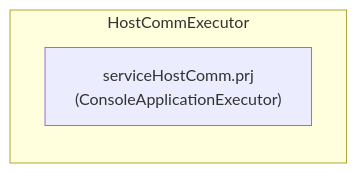
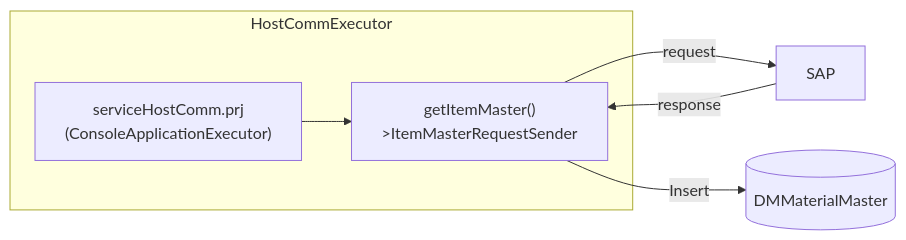
The diagram in Basic-Design/Host-Interfaces/Material-Master-Data.md (luthfiadityaa/SimeDarby-Wiki), drawn with Mermaid before and after one commit.

Commit message:
Updated Material Master Data

```diff
--- a/Basic-Design/Host-Interfaces/Material-Master-Data.md
+++ b/Basic-Design/Host-Interfaces/Material-Master-Data.md
@@ -11,7 +11,11 @@
 ::: mermaid
 flowchart LR
-
+item[("DMMaterialMaster")]
+serviceHostComm-->periodicItemMaster--request-->SAP
+SAP--response-->periodicItemMaster
+periodicItemMaster--Insert-->item
 subgraph HostCommExecutor
 serviceHostComm["serviceHostComm.prj\n(ConsoleApplicationExecutor)"]
+periodicItemMaster["getItemMaster()\n>ItemMasterRequestSender"]
 end
 :::
```
